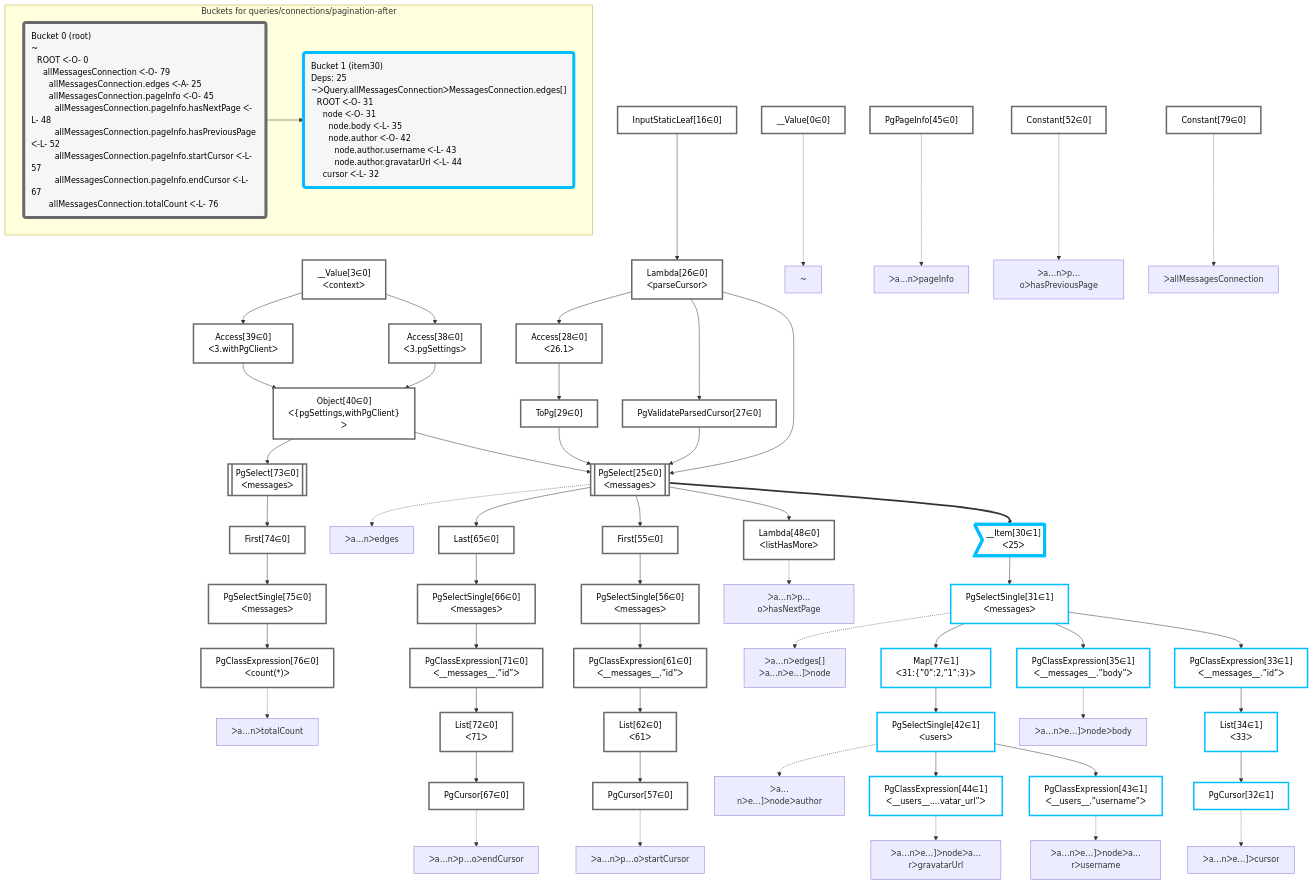
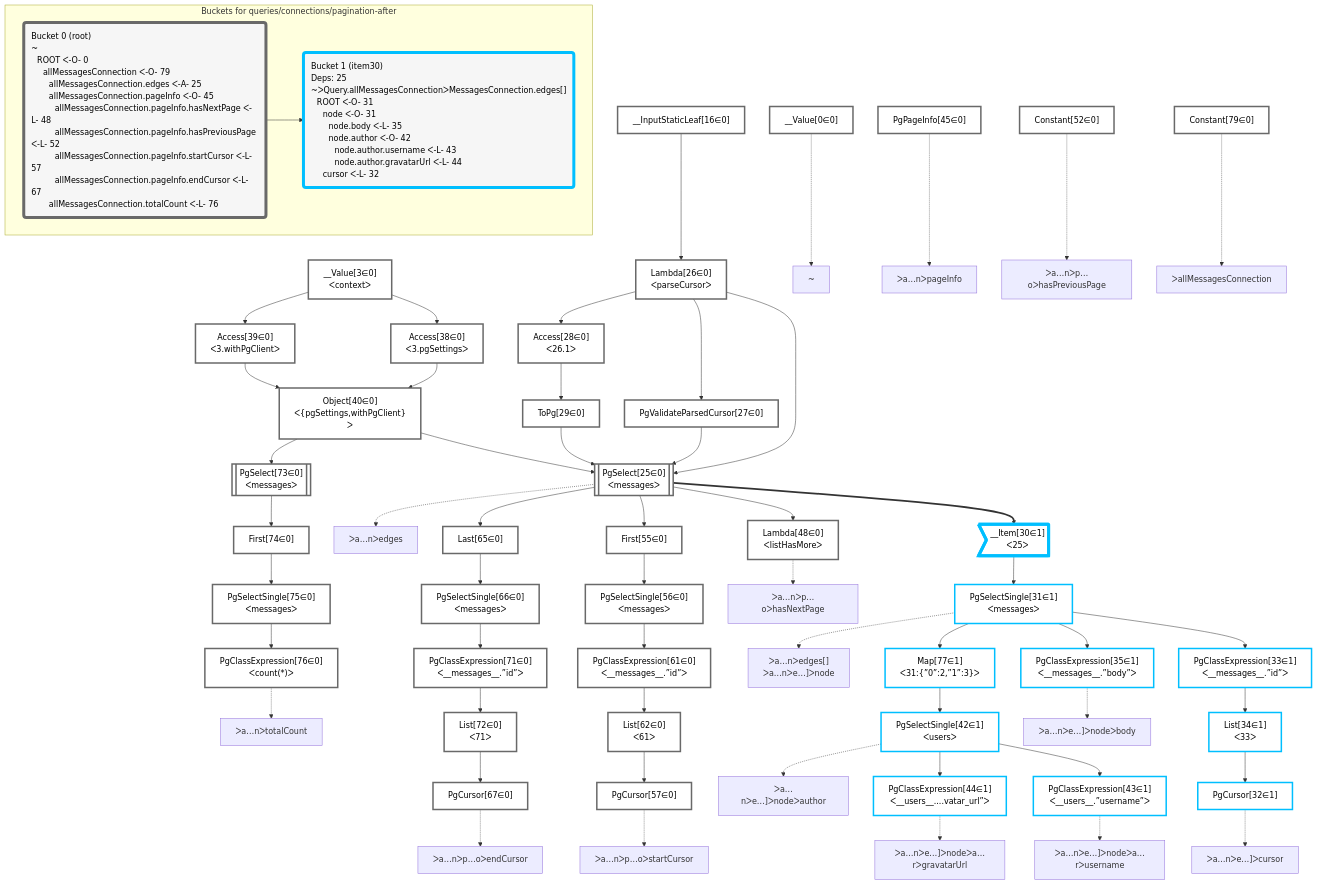
One commit to graphile/crystal changed the diagram in packages/dataplan-pg/__tests__/queries/connections/pagination-after.mermaid.md. Above: the diagram before and after it, drawn with Mermaid. The commit also changed 79 other files, not shown here.

```diff
--- a/packages/dataplan-pg/__tests__/queries/connections/pagination-after.mermaid.md
+++ b/packages/dataplan-pg/__tests__/queries/connections/pagination-after.mermaid.md
@@ -43,7 +43,7 @@
     ToPg29["ToPg[29∈0]"]:::plan
     Access28["Access[28∈0]<br />ᐸ26.1ᐳ"]:::plan
     Lambda26["Lambda[26∈0]<br />ᐸparseCursorᐳ"]:::plan
-    InputStaticLeaf16["InputStaticLeaf[16∈0]"]:::plan
+    __InputStaticLeaf16["__InputStaticLeaf[16∈0]"]:::plan
     Constant79["Constant[79∈0]"]:::plan
     PgPageInfo45["PgPageInfo[45∈0]"]:::plan
     Constant52["Constant[52∈0]"]:::plan
@@ -81,7 +81,7 @@
     Lambda26 --> PgValidateParsedCursor27
     Access28 --> ToPg29
     Lambda26 --> Access28
-    InputStaticLeaf16 --> Lambda26
+    __InputStaticLeaf16 --> Lambda26
 
     %% plan-to-path relationships
     P0["~"]
@@ -118,7 +118,7 @@
     subgraph "Buckets for queries/connections/pagination-after"
     Bucket0("Bucket 0 (root)<br />~<br />⠀ROOT ᐸ-O- 0<br />⠀⠀allMessagesConnection ᐸ-O- 79<br />⠀⠀⠀allMessagesConnection.edges ᐸ-A- 25<br />⠀⠀⠀allMessagesConnection.pageInfo ᐸ-O- 45<br />⠀⠀⠀⠀allMessagesConnection.pageInfo.hasNextPage ᐸ-L- 48<br />⠀⠀⠀⠀allMessagesConnection.pageInfo.hasPreviousPage ᐸ-L- 52<br />⠀⠀⠀⠀allMessagesConnection.pageInfo.startCursor ᐸ-L- 57<br />⠀⠀⠀⠀allMessagesConnection.pageInfo.endCursor ᐸ-L- 67<br />⠀⠀⠀allMessagesConnection.totalCount ᐸ-L- 76"):::bucket
     classDef bucket0 stroke:#696969
-    class Bucket0,__Value0,__Value3,InputStaticLeaf16,PgSelect25,Lambda26,PgValidateParsedCursor27,Access28,ToPg29,Access38,Access39,Object40,PgPageInfo45,Lambda48,Constant52,First55,PgSelectSingle56,PgCursor57,PgClassExpression61,List62,Last65,PgSelectSingle66,PgCursor67,PgClassExpression71,List72,PgSelect73,First74,PgSelectSingle75,PgClassExpression76,Constant79 bucket0
+    class Bucket0,__Value0,__Value3,__InputStaticLeaf16,PgSelect25,Lambda26,PgValidateParsedCursor27,Access28,ToPg29,Access38,Access39,Object40,PgPageInfo45,Lambda48,Constant52,First55,PgSelectSingle56,PgCursor57,PgClassExpression61,List62,Last65,PgSelectSingle66,PgCursor67,PgClassExpression71,List72,PgSelect73,First74,PgSelectSingle75,PgClassExpression76,Constant79 bucket0
     Bucket1("Bucket 1 (item30)<br />Deps: 25<br />~ᐳQuery.allMessagesConnectionᐳMessagesConnection.edges[]<br />⠀ROOT ᐸ-O- 31<br />⠀⠀node ᐸ-O- 31<br />⠀⠀⠀node.body ᐸ-L- 35<br />⠀⠀⠀node.author ᐸ-O- 42<br />⠀⠀⠀⠀node.author.username ᐸ-L- 43<br />⠀⠀⠀⠀node.author.gravatarUrl ᐸ-L- 44<br />⠀⠀cursor ᐸ-L- 32"):::bucket
     classDef bucket1 stroke:#00bfff
     class Bucket1,__Item30,PgSelectSingle31,PgCursor32,PgClassExpression33,List34,PgClassExpression35,PgSelectSingle42,PgClassExpression43,PgClassExpression44,Map77 bucket1
```
